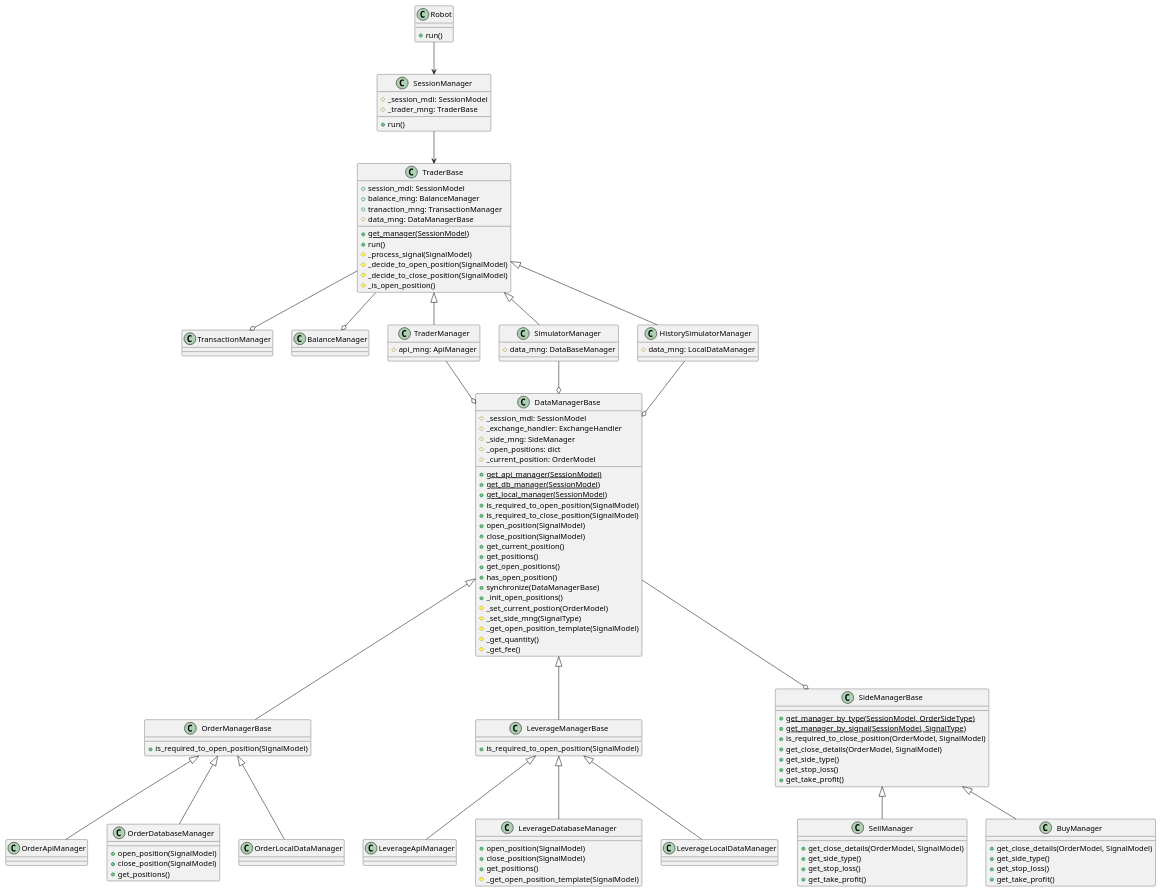
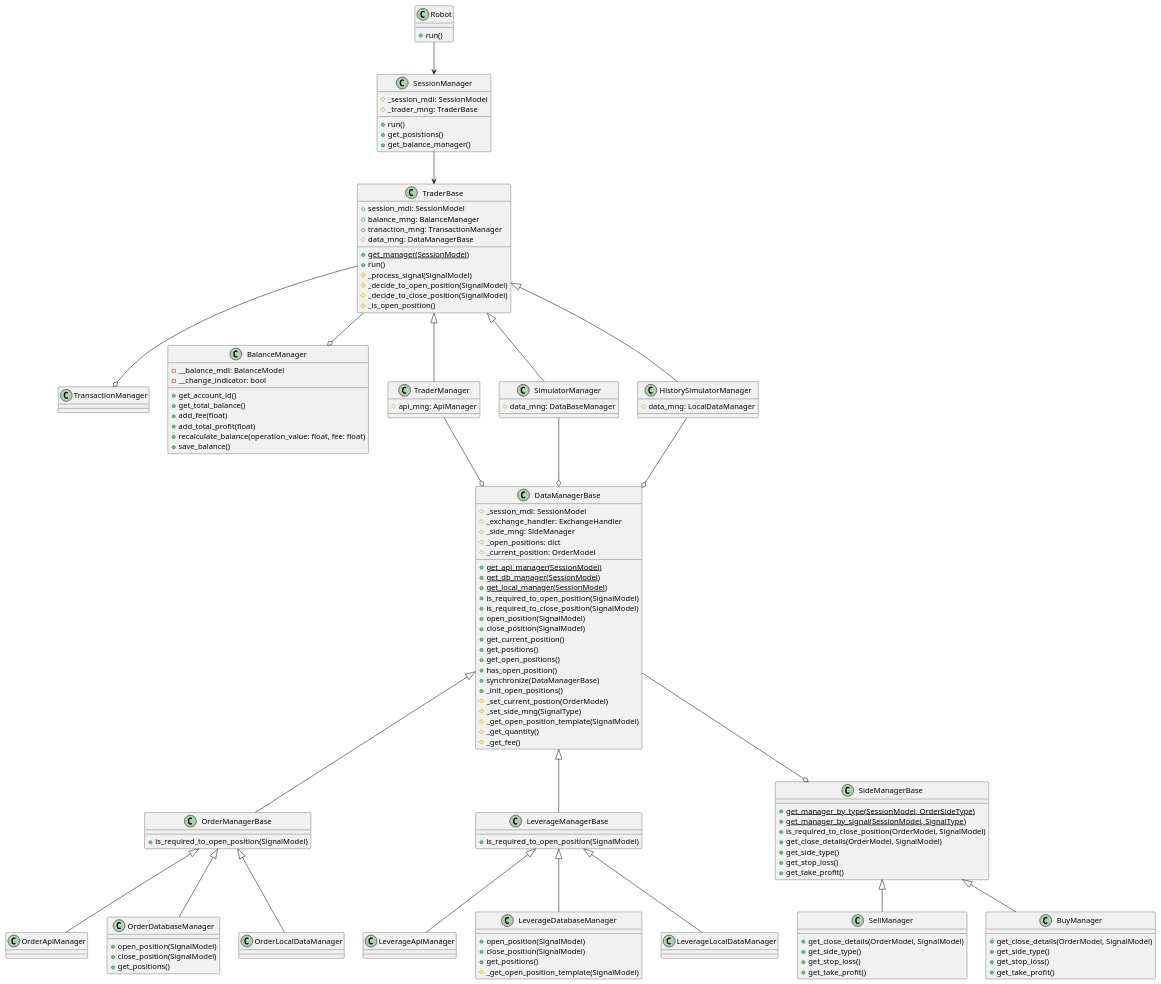
The diagram in design/uml_class_v2.plantuml (aliaksei-dunets-public/trading-tool-api), drawn with PlantUML before and after one commit. The commit also changed 9 other files, not shown here.

```diff
--- a/design/uml_class_v2.plantuml
+++ b/design/uml_class_v2.plantuml
@@ -1,144 +1,156 @@
 @startuml Class
 
 ' 1. During creation of the session check/schedule a job based on interval
 ' 2. The application job read active ssesions and procced the next steps for every session:
 ' 2.1. Read orders from the database
 ' 2.2. Read orders from exchange API
 ' 2.3. Get signals based on session config
 ' 2.4. Make a desicion regarding existing position/create a new position
 ' 2.4.1. Call API for open/close a position
 ' 2.4.2. Call DB
 ' 2.4.2.1. Add transaction
 ' 2.4.2.2. Update/Create the position
 ' 2.4.2.3. Update Balance
 
 ' The main class for trading - the first endpoint
 class Robot {
     +run()
 }
 
 class SessionManager {
     #_session_mdl: SessionModel
     #_trader_mng: TraderBase
 
     +run()
+    +get_posistions()
+    +get_balance_manager()
 }
 
 class TransactionManager
 
-class BalanceManager
+class BalanceManager {
+    -__balance_mdl: BalanceModel
+    -__change_indicator: bool
+
+    +get_account_id()
+    +get_total_balance()
+    +add_fee(float)
+    +add_total_profit(float)
+    +recalculate_balance(operation_value: float, fee: float)
+    +save_balance()
+}
 
 class TraderBase {
     +session_mdl: SessionModel
     +balance_mng: BalanceManager
     +tranaction_mng: TransactionManager
     #data_mng: DataManagerBase
 
     +{static} get_manager(SessionModel)
     +run()
     #_process_signal(SignalModel)
     #_decide_to_open_position(SignalModel)
     #_decide_to_close_position(SignalModel)
     #_is_open_position()
 }
 
 TraderBase --o BalanceManager
 TraderBase --o TransactionManager
 
 
 class TraderManager extends TraderBase {
     #api_mng: ApiManager
 }
 
 class SimulatorManager extends TraderBase {
     #data_mng: DataBaseManager
 }
 
 class HistorySimulatorManager extends TraderBase {
     #data_mng: LocalDataManager
 }
 
 class DataManagerBase {
     #_session_mdl: SessionModel
     #_exchange_handler: ExchangeHandler
     #_side_mng: SideManager
     #_open_positions: dict
     #_current_position: OrderModel
     +{static} get_api_manager(SessionModel)
     +{static} get_db_manager(SessionModel)
     +{static} get_local_manager(SessionModel)
     +is_required_to_open_position(SignalModel)
     +is_required_to_close_position(SignalModel)
     +open_position(SignalModel)
     +close_position(SignalModel)
     +get_current_position()
     +get_positions()
     +get_open_positions()
     +has_open_position()
     +synchronize(DataManagerBase)
     +_init_open_positions()
     #_set_current_postion(OrderModel)
     #_set_side_mng(SignalType)
     #_get_open_position_template(SignalModel)
     #_get_quantity()
     #_get_fee()
 }
 
 class OrderManagerBase extends DataManagerBase {
     +is_required_to_open_position(SignalModel)
 }
 class LeverageManagerBase extends DataManagerBase {
     +is_required_to_open_position(SignalModel)
 }
 
 class OrderApiManager extends OrderManagerBase
 class LeverageApiManager extends LeverageManagerBase
 
 class OrderDatabaseManager extends OrderManagerBase {
     +open_position(SignalModel)
     +close_position(SignalModel)
     +get_positions()
 }
 
 class LeverageDatabaseManager extends LeverageManagerBase {
     +open_position(SignalModel)
     +close_position(SignalModel)
     +get_positions()
     #_get_open_position_template(SignalModel)
 }
 
 class OrderLocalDataManager extends OrderManagerBase
 class LeverageLocalDataManager extends LeverageManagerBase
 
 class SideManagerBase {
     +{static} get_manager_by_type(SessionModel, OrderSideType)
     +{static} get_manager_by_signal(SessionModel, SignalType)
     +is_required_to_close_position(OrderModel, SignalModel)
     +get_close_details(OrderModel, SignalModel)
     +get_side_type()
     +get_stop_loss()
     +get_take_profit()
 }
 
 class SellManager extends SideManagerBase {
     +get_close_details(OrderModel, SignalModel)
     +get_side_type()
     +get_stop_loss()
     +get_take_profit()
 }
 
 class BuyManager extends SideManagerBase {
     +get_close_details(OrderModel, SignalModel)
     +get_side_type()
     +get_stop_loss()
     +get_take_profit()
 }
 
 Robot --> SessionManager
 SessionManager --> TraderBase
 TraderManager --o DataManagerBase
 SimulatorManager --o DataManagerBase
 HistorySimulatorManager --o DataManagerBase
 DataManagerBase --o SideManagerBase
 
 @enduml
```
